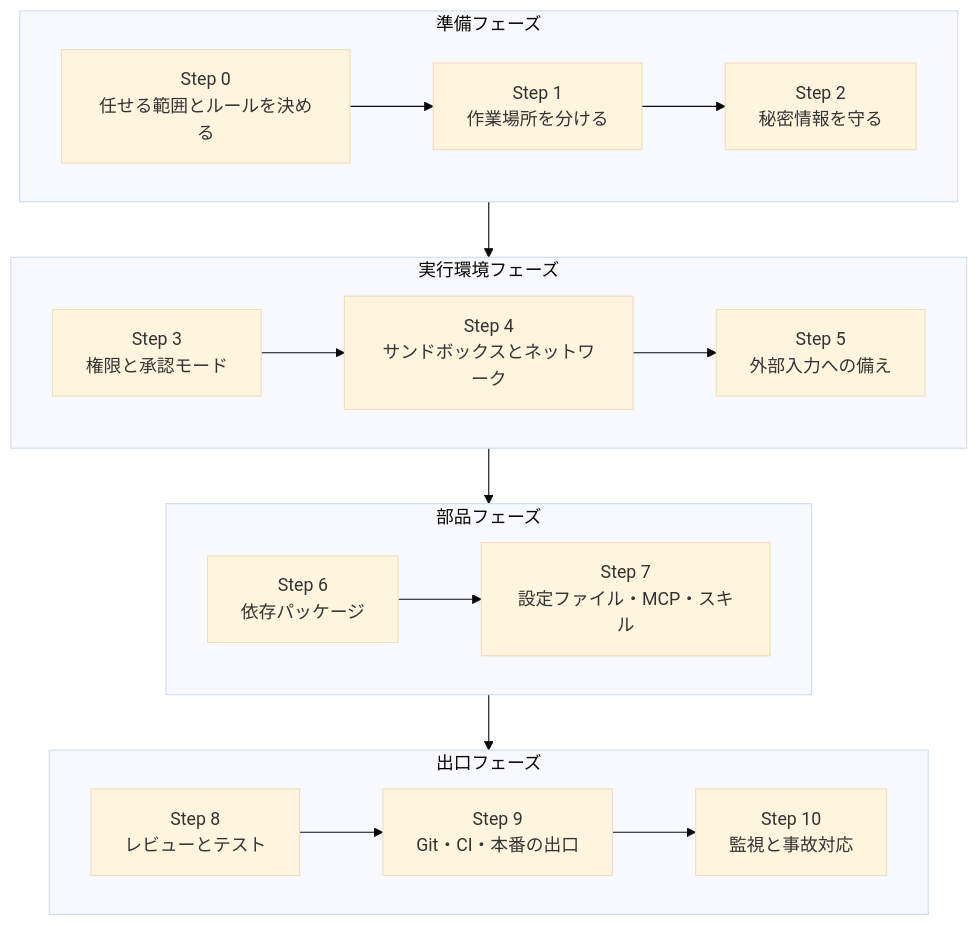
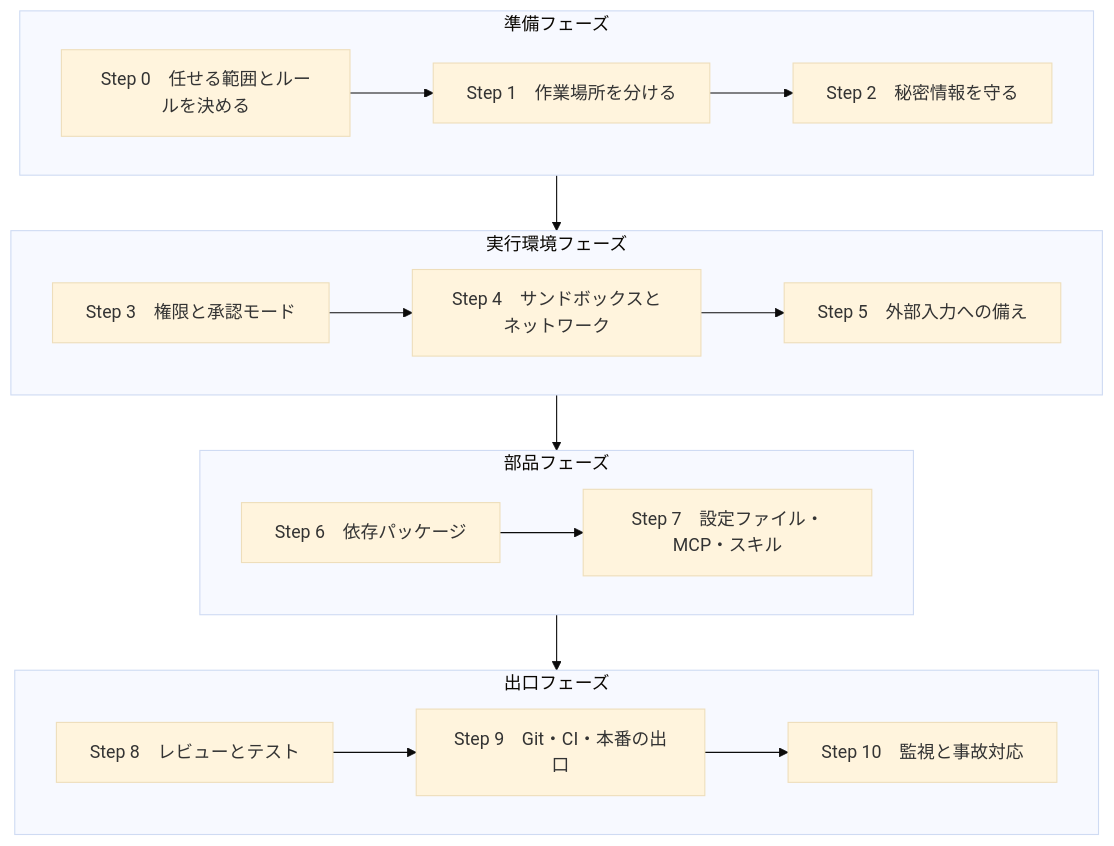
The fourth of 9 diagrams in Ai-coding-safety-guide.md (myoshi2891/Security_Studies), drawn with Mermaid (base theme) before and after one commit. The commit also changed other lines of this file, not shown here.

Commit message:
docs(ai-coding): replace br tags with fullwidth spaces in mermaid diagrams

````diff
--- a/Ai-coding-safety-guide.md
+++ b/Ai-coding-safety-guide.md
@@ -160,19 +160,19 @@
 ```mermaid
 flowchart TD
     subgraph P["準備フェーズ"]
-        S0["Step 0<br/>任せる範囲とルールを決める"] --> S1["Step 1<br/>作業場所を分ける"]
-        S1 --> S2["Step 2<br/>秘密情報を守る"]
+        S0["Step 0　任せる範囲とルールを決める"] --> S1["Step 1　作業場所を分ける"]
+        S1 --> S2["Step 2　秘密情報を守る"]
     end
     subgraph E["実行環境フェーズ"]
-        S3["Step 3<br/>権限と承認モード"] --> S4["Step 4<br/>サンドボックスとネットワーク"]
-        S4 --> S5["Step 5<br/>外部入力への備え"]
+        S3["Step 3　権限と承認モード"] --> S4["Step 4　サンドボックスとネットワーク"]
+        S4 --> S5["Step 5　外部入力への備え"]
     end
     subgraph C["部品フェーズ"]
-        S6["Step 6<br/>依存パッケージ"] --> S7["Step 7<br/>設定ファイル・MCP・スキル"]
+        S6["Step 6　依存パッケージ"] --> S7["Step 7　設定ファイル・MCP・スキル"]
     end
     subgraph X["出口フェーズ"]
-        S8["Step 8<br/>レビューとテスト"] --> S9["Step 9<br/>Git・CI・本番の出口"]
-        S9 --> S10["Step 10<br/>監視と事故対応"]
+        S8["Step 8　レビューとテスト"] --> S9["Step 9　Git・CI・本番の出口"]
+        S9 --> S10["Step 10　監視と事故対応"]
     end
     P --> E --> C --> X
 ```
````
